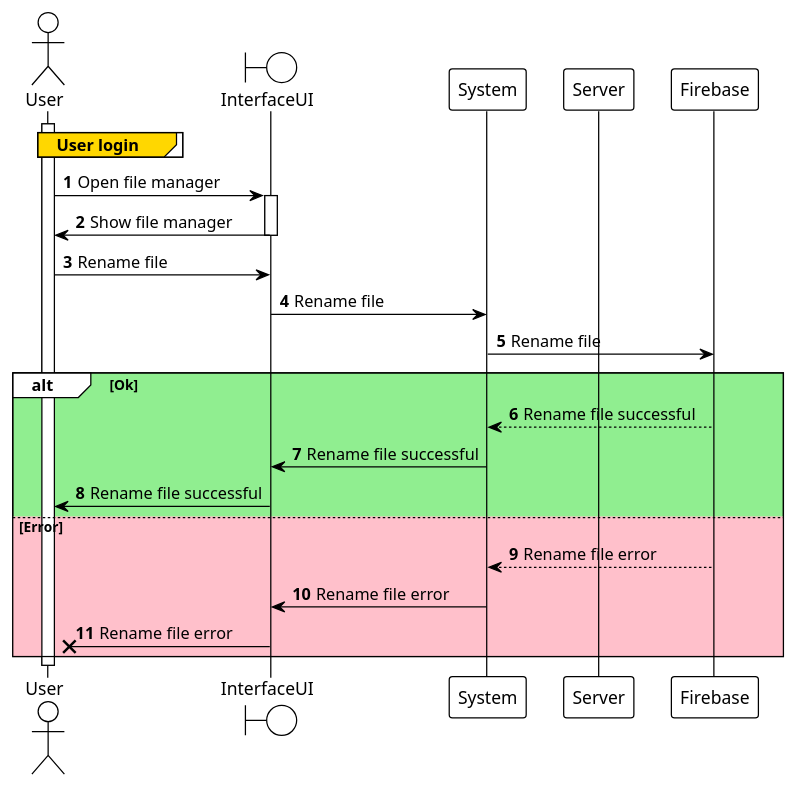
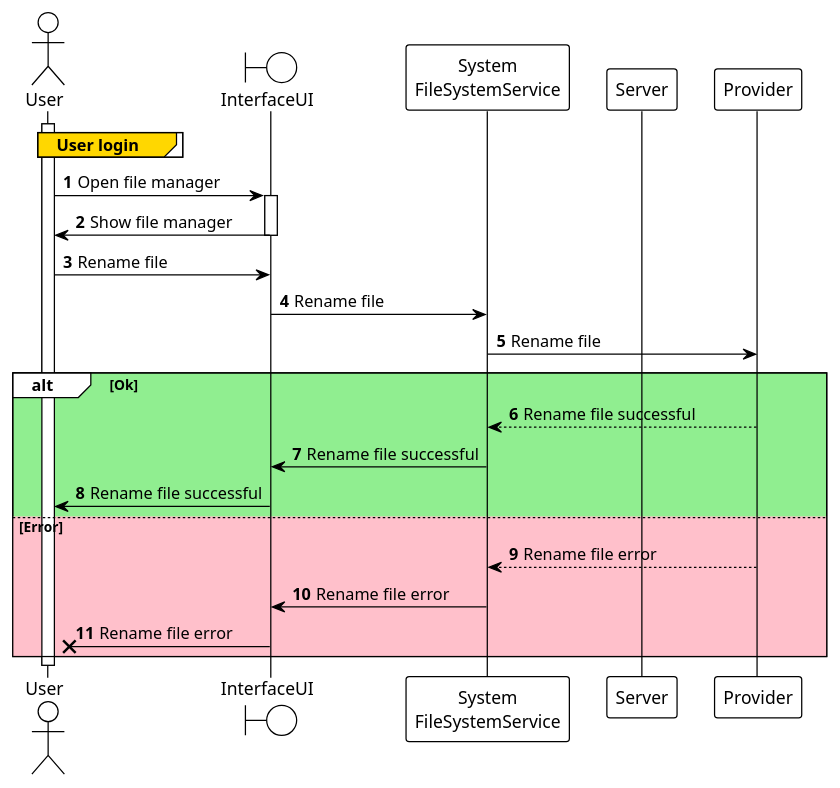
One commit to nonodev96/THUMDER changed the diagram in UML/4.Sequence/4.8.RenameFile.puml. Above: the diagram before and after it, drawn with PlantUML. The commit also changed 41 other files, not shown here.

Commit message:
Fix with drag and drop, new component card with docs and names in UML sequences changes

```diff
--- a/UML/4.Sequence/4.8.RenameFile.puml
+++ b/UML/4.Sequence/4.8.RenameFile.puml
@@ -1,42 +1,42 @@
 @startuml
 'https://plantuml.com/sequence-diagram
 !theme plain
 
 autonumber
 
 actor User
 boundary InterfaceUI
-participant System
+participant "System\nFileSystemService" as System
 participant Server
-participant Firebase
+participant "Provider" as Firebase
 
 activate User
 group#Gold User login
 
 end
 
 User -> InterfaceUI: Open file manager
 activate InterfaceUI
 User <- InterfaceUI: Show file manager
 deactivate InterfaceUI
 
 User -> InterfaceUI: Rename file
 InterfaceUI -> System: Rename file
 System -> Firebase: Rename file
 
 alt #LightGreen Ok
   System <-- Firebase: Rename file successful
   InterfaceUI <- System: Rename file successful
   User <- InterfaceUI: Rename file successful
 else #Pink Error
   System <-- Firebase: Rename file error
   InterfaceUI <- System: Rename file error
   User x<- InterfaceUI: Rename file error
 end
 
 
 
 
 deactivate User
 
 @enduml
```
